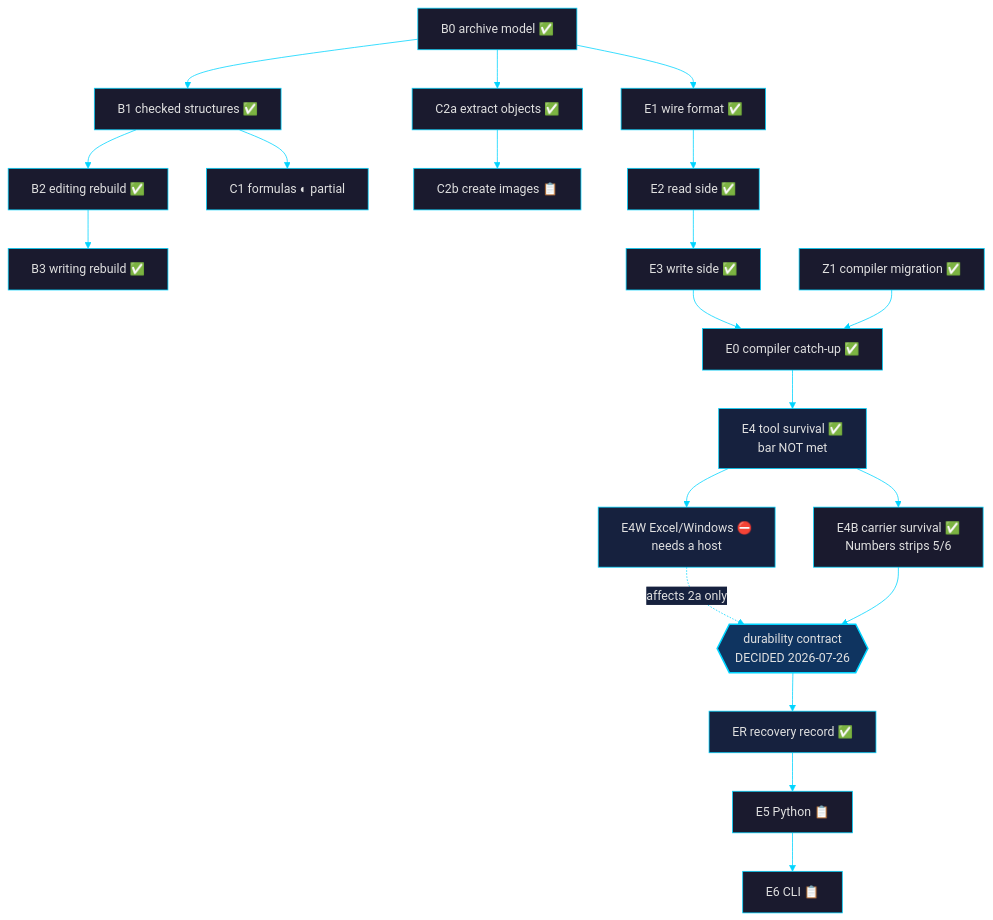
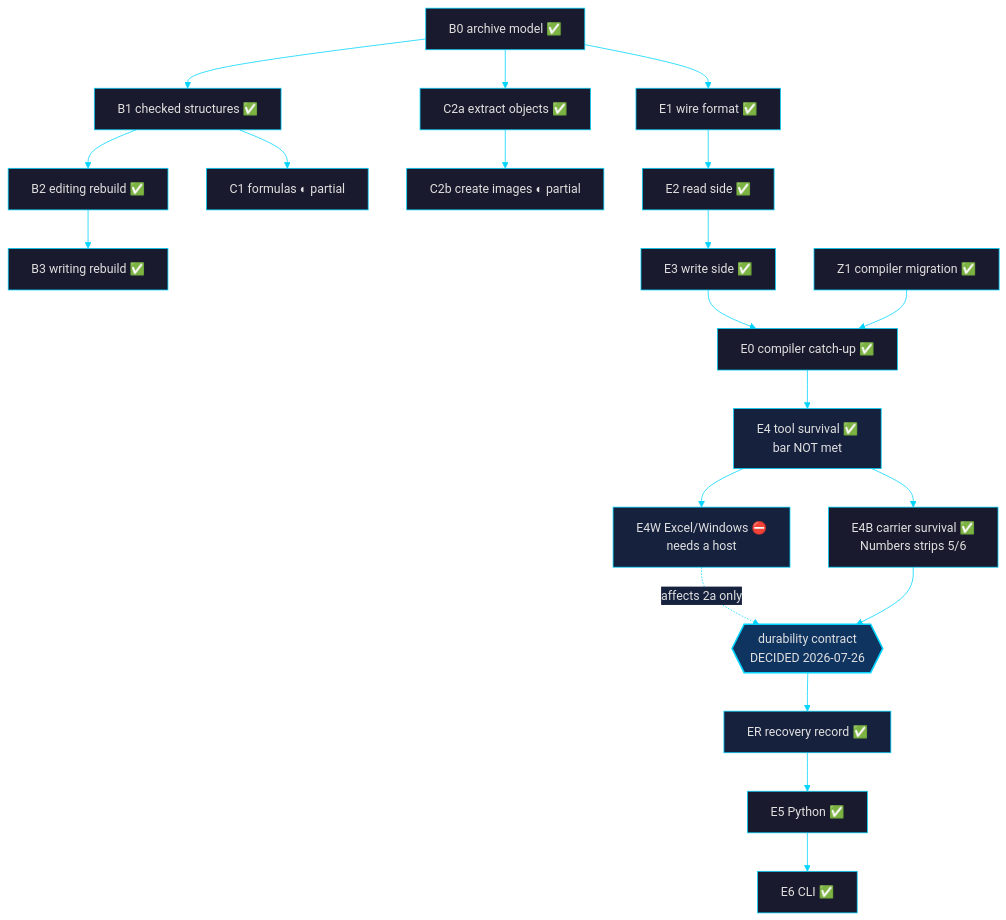
One commit to laurentfabre/zlsx changed the diagram in goal_plan.md. Above: the diagram before and after it, drawn with Mermaid. The commit also changed other lines of this file, not shown here.

First paragraph of the commit message:
Flip E6 and C2b in the roadmap table to match main
The plan of record still read `planned` for two pieces that are
built on main (29b78eb). Audited every row in the ROADMAP:BEGIN/END
table against code on disk; only these two were contradicted.

````diff
--- a/goal_plan.md
+++ b/goal_plan.md
@@ -80,29 +80,29 @@
 ```mermaid
 %%{init: {'theme': 'base', 'themeVariables': {'primaryColor': '#1a1a2e', 'primaryTextColor': '#e0e0e0', 'primaryBorderColor': '#00d4ff', 'lineColor': '#00d4ff', 'secondaryColor': '#16213e', 'tertiaryColor': '#0f3460', 'fontFamily': 'monospace'}}}%%
 graph TD
     B0["B0 archive model ✅"] --> B1["B1 checked structures ✅"]
     B1 --> B2["B2 editing rebuild ✅"]
     B2 --> B3["B3 writing rebuild ✅"]
     B0 --> C2a["C2a extract objects ✅"]
-    C2a --> C2b["C2b create images 📋"]
+    C2a --> C2b["C2b create images ◐ partial"]
     B1 --> C1["C1 formulas ◐ partial"]
 
     B0 --> E1["E1 wire format ✅"]
     E1 --> E2["E2 read side ✅"]
     E2 --> E3["E3 write side ✅"]
     Z1["Z1 compiler migration ✅"] --> E0["E0 compiler catch-up ✅"]
     E3 --> E0
     E0 --> E4["E4 tool survival ✅<br/>bar NOT met"]
     E4 --> E4W["E4W Excel/Windows ⛔<br/>needs a host"]
     E4 --> E4B["E4B carrier survival ✅<br/>Numbers strips 5/6"]
     E4B --> DEC{{"durability contract<br/>DECIDED 2026-07-26"}}
     E4W -.->|"affects 2a only"| DEC
     DEC --> ER["ER recovery record ✅"]
-    ER --> E5["E5 Python 📋"]
-    E5 --> E6["E6 CLI 📋"]
+    ER --> E5["E5 Python ✅"]
+    E5 --> E6["E6 CLI ✅"]
 
     style DEC fill:#0f3460,stroke:#00d4ff,stroke-width:2px
     style E4 fill:#16213e
     style E4W fill:#16213e
     style ER fill:#16213e
 ```
````
